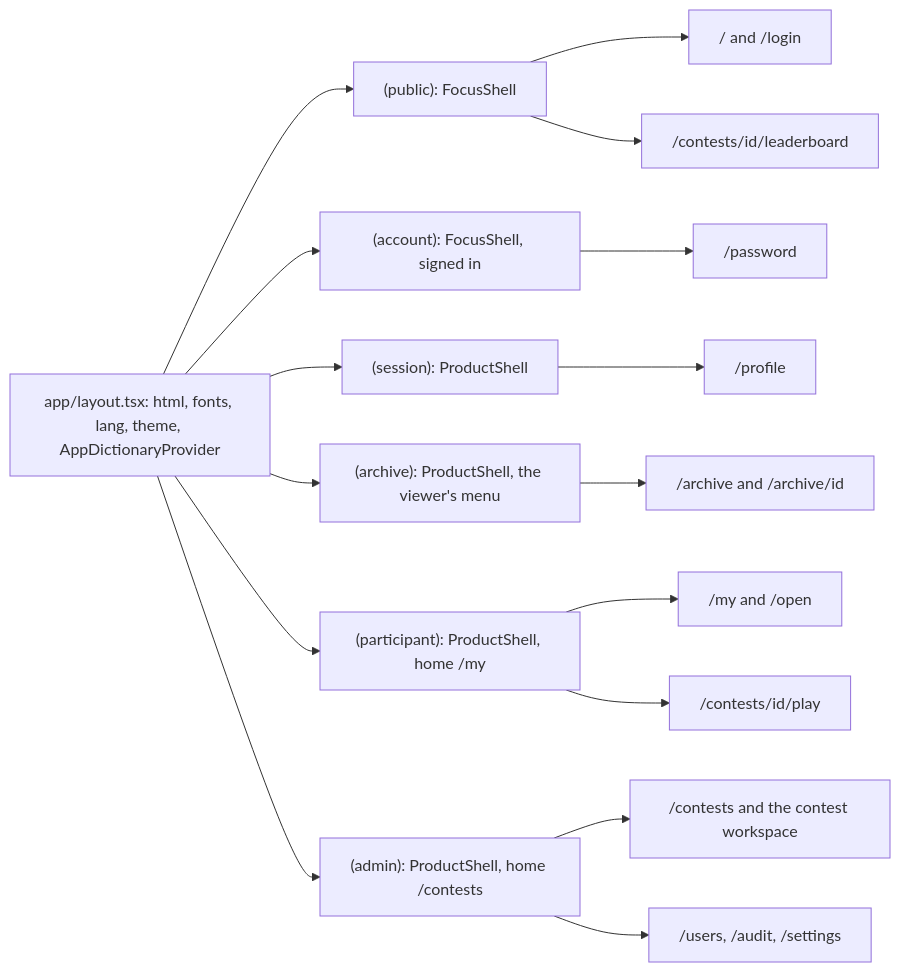
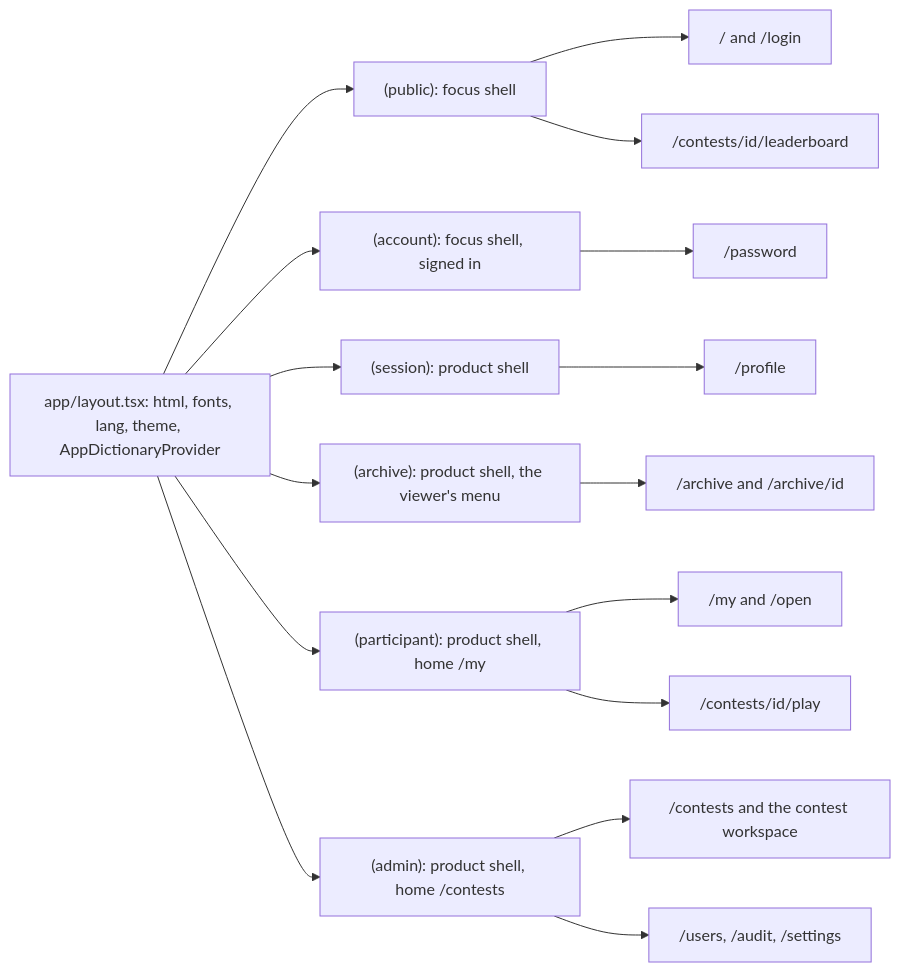
One commit to devrdn/olymp-db-platform changed the first of 4 diagrams in docs/guide/05-frontend.md. Above: the diagram before and after it, drawn with Mermaid. The commit also changed other lines of this file, not shown here.

````diff
--- a/docs/guide/05-frontend.md
+++ b/docs/guide/05-frontend.md
@@ -60,19 +60,19 @@
 ```mermaid
 flowchart LR
     root["app/layout.tsx: html, fonts, lang, theme, AppDictionaryProvider"]
-    root --> pub["(public): FocusShell"]
-    root --> acc["(account): FocusShell, signed in"]
-    root --> ses["(session): ProductShell"]
-    root --> arc["(archive): ProductShell, the viewer's menu"]
-    root --> par["(participant): ProductShell, home /my"]
-    root --> adm["(admin): ProductShell, home /contests"]
+    root --> pub["(public): focus shell"]
+    root --> acc["(account): focus shell, signed in"]
+    root --> ses["(session): product shell"]
+    root --> arc["(archive): product shell, the viewer's menu"]
+    root --> par["(participant): product shell, home /my"]
+    root --> adm["(admin): product shell, home /contests"]
     pub --> pub1["/ and /login"]
     pub --> pub2["/contests/id/leaderboard"]
     acc --> acc1["/password"]
     ses --> ses1["/profile"]
     arc --> arc1["/archive and /archive/id"]
     par --> par1["/my and /open"]
     par --> par2["/contests/id/play"]
     adm --> adm1["/contests and the contest workspace"]
     adm --> adm2["/users, /audit, /settings"]
 ```
````
